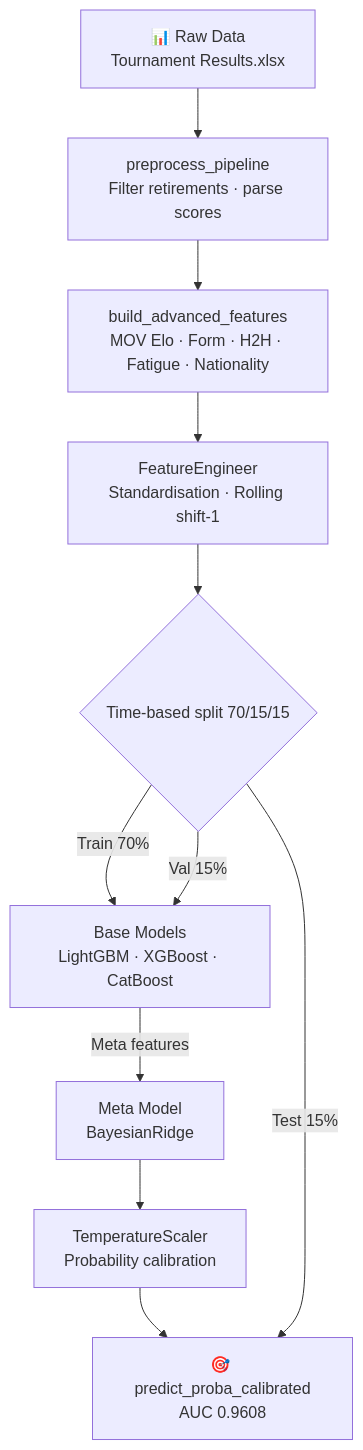
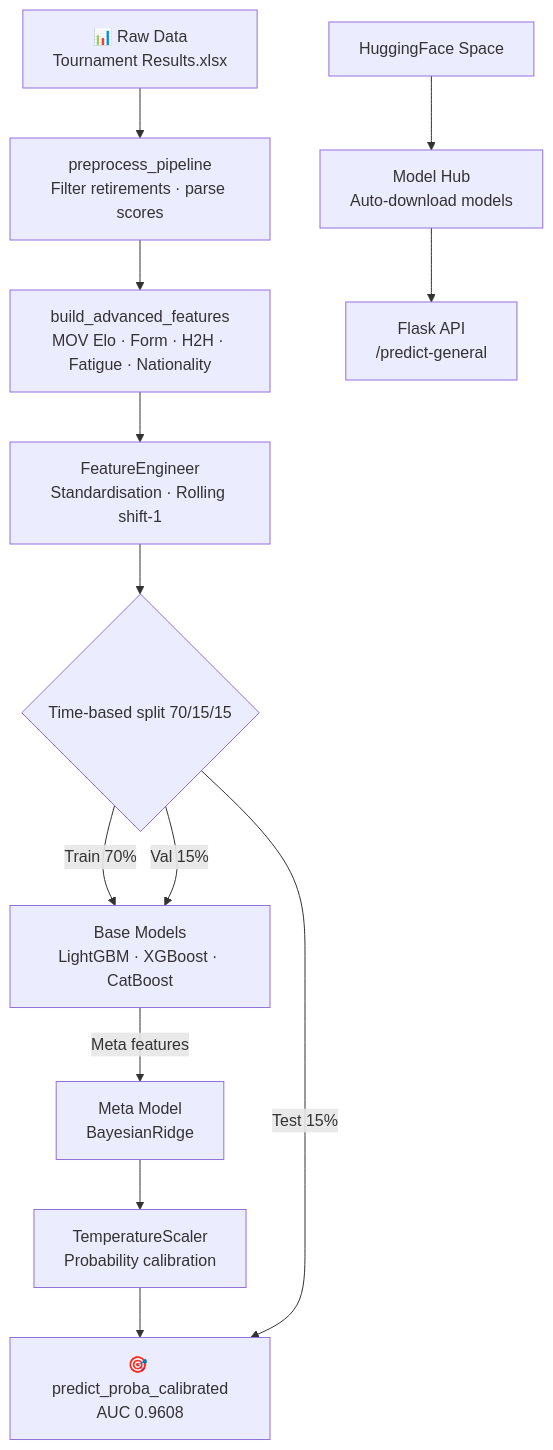
Before and after one commit to OWENLEEzy/Happy-Badminton: the diagram in README_en.md, drawn with Mermaid. The commit also changed other lines of this file and 29 other files, not shown here.

First line of the commit message:
feat: integrate HuggingFace Model Hub and deploy to Space

````diff
--- a/README_en.md
+++ b/README_en.md
@@ -88,13 +97,16 @@
 ```mermaid
 flowchart TD
     A[📊 Raw Data\nTournament Results.xlsx] --> B[preprocess_pipeline\nFilter retirements · parse scores]
     B --> C[build_advanced_features\nMOV Elo · Form · H2H · Fatigue · Nationality]
     C --> D[FeatureEngineer\nStandardisation · Rolling shift-1]
     D --> E{Time-based split 70/15/15}
     E -->|Train 70%| F[Base Models\nLightGBM · XGBoost · CatBoost]
     E -->|Val 15%| F
     F -->|Meta features| G[Meta Model\nBayesianRidge]
     G --> H[TemperatureScaler\nProbability calibration]
     H --> I[🎯 predict_proba_calibrated\nAUC 0.9608]
     E -->|Test 15%| I
+
+    J[HuggingFace Space] --> K[Model Hub\nAuto-download models]
+    K --> L[Flask API\n/predict-general]
 ```
````
